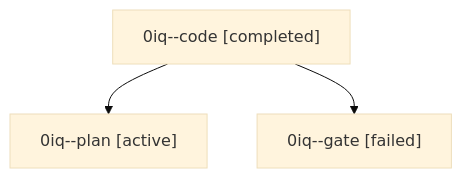
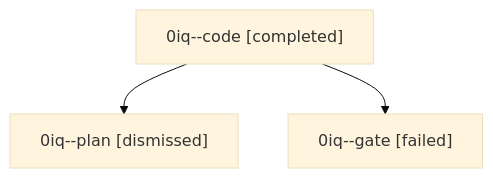
Before and after one commit to sase-org/sase--agents: the diagram in sessions/bbugyi200.athena.0iq.md, drawn with Mermaid (base theme). The commit also changed other lines of this file and 43 other files, not shown here.

````diff
--- a/sessions/bbugyi200.athena.0iq.md
+++ b/sessions/bbugyi200.athena.0iq.md
@@ -9,8 +9,8 @@
 ```mermaid
 flowchart TD
   n0["0iq--code [completed]"]
-  n1["0iq--plan [active]"]
+  n1["0iq--plan [dismissed]"]
   n0 --> n1
   n2["0iq--gate [failed]"]
   n0 --> n2
 ```
````
